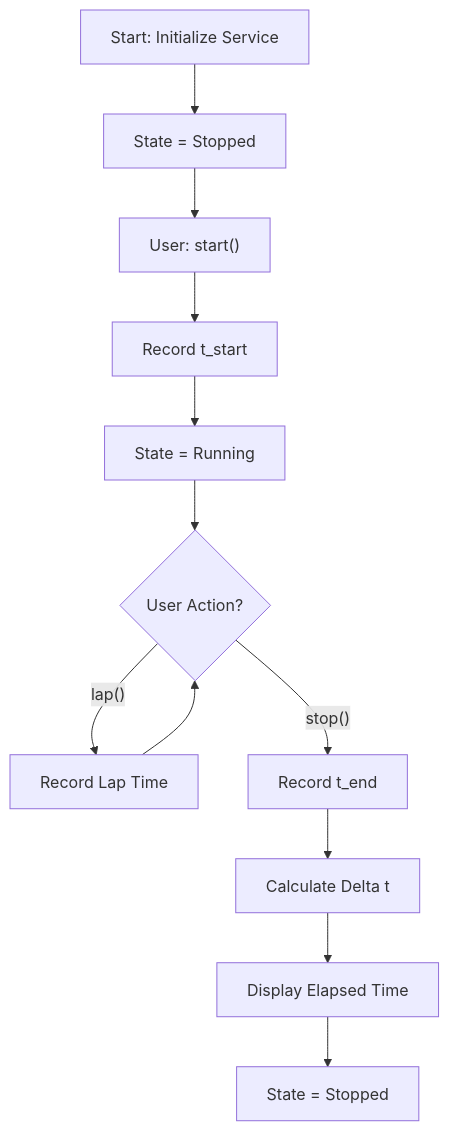
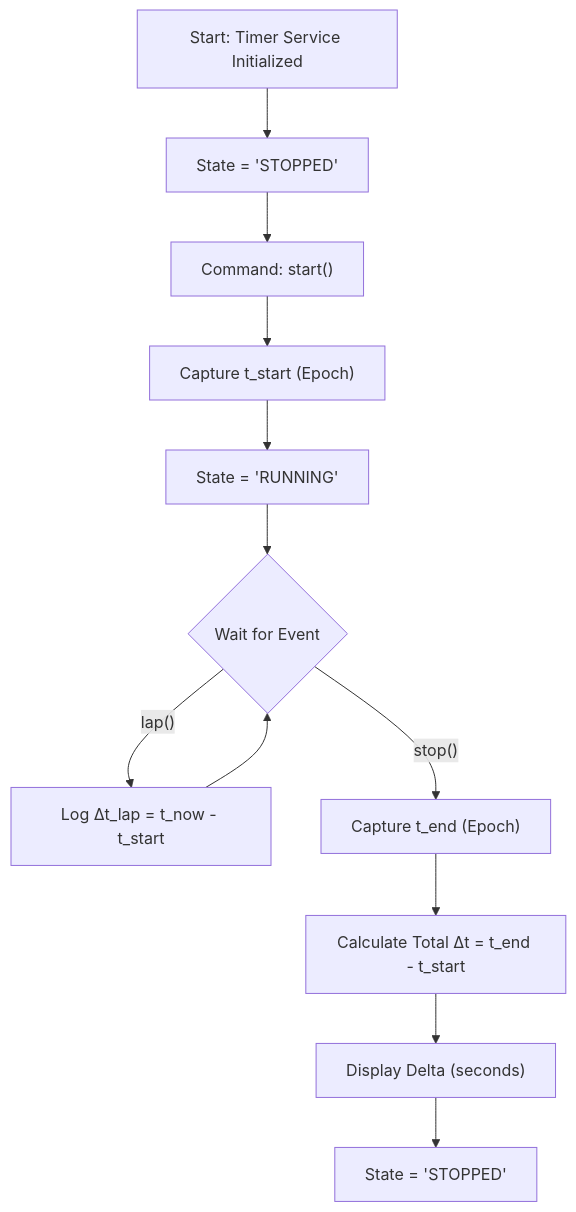
One commit to Amey-Thakur/PYTHON-SHORTS changed the second of 2 diagrams in Source Code/Stop Watch/README.md. Above: the diagram before and after it, drawn with Mermaid. The commit also changed other lines of this file, not shown here.

Commit message:
Python Shorts

````diff
--- a/Source Code/Stop Watch/README.md
+++ b/Source Code/Stop Watch/README.md
@@ -64,14 +68,14 @@
 ```mermaid
-graph TD
-    A["Start: Initialize Service"] --> B["State = Stopped"]
-    B --> C["User: start()"]
-    C --> D["Record t_start"]
-    D --> E["State = Running"]
-    E --> F{User Action?}
-    F -- lap() --> G["Record Lap Time"]
+flowchart TD
+    A["Start: Timer Service Initialized"] --> B["State = 'STOPPED'"]
+    B --> C["Command: start()"]
+    C --> D["Capture t_start (Epoch)"]
+    D --> E["State = 'RUNNING'"]
+    E --> F{"Wait for Event"}
+    F -- "lap()" --> G["Log Δt_lap = t_now - t_start"]
     G --> F
-    F -- stop() --> H["Record t_end"]
-    H --> I["Calculate Delta t"]
-    I --> J["Display Elapsed Time"]
-    J --> K["State = Stopped"]
+    F -- "stop()" --> H["Capture t_end (Epoch)"]
+    H --> I["Calculate Total Δt = t_end - t_start"]
+    I --> J["Display Delta (seconds)"]
+    J --> K["State = 'STOPPED'"]
 ```
````
